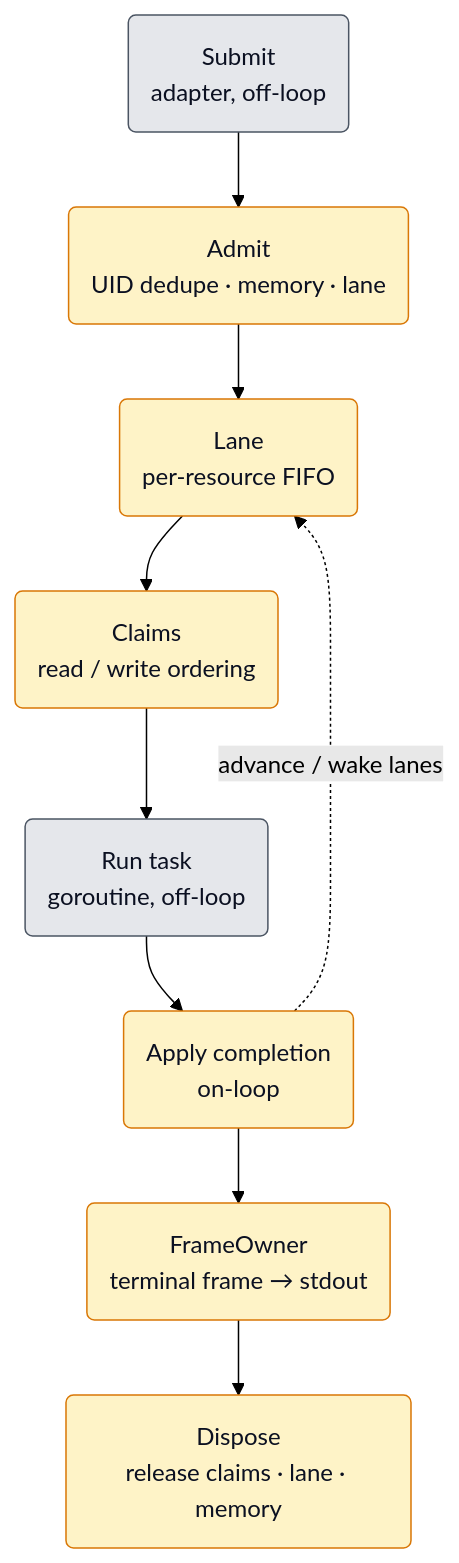
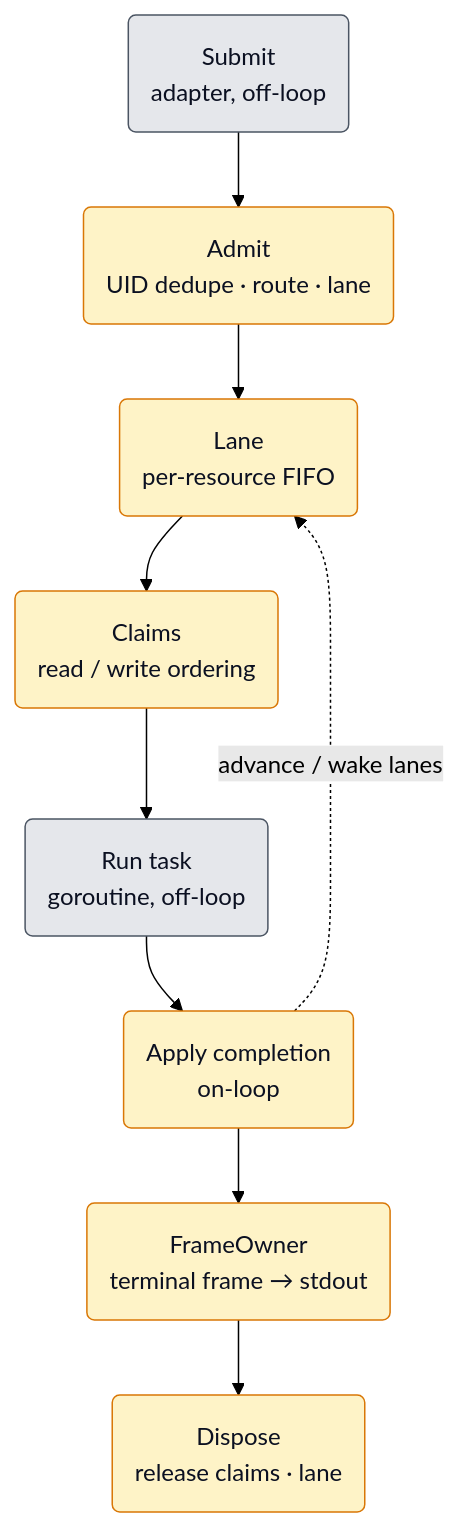
Before and after one commit to netdata/netdata: the third of 6 diagrams in src/go/plugin/agent/jobmgr/ARCHITECTURE.md, drawn with Mermaid (forest theme). The commit also changed other lines of this file and 35 other files, not shown here.

````diff
--- a/src/go/plugin/agent/jobmgr/ARCHITECTURE.md
+++ b/src/go/plugin/agent/jobmgr/ARCHITECTURE.md
@@ -145,19 +145,19 @@
 ```mermaid
 flowchart TD
     Submit("Submit<br/>adapter, off-loop")
-    Admit("Admit<br/>UID dedupe · memory · lane")
+    Admit("Admit<br/>UID dedupe · route · lane")
     Lane("Lane<br/>per-resource FIFO")
     Claim("Claims<br/>read / write ordering")
     Task("Run task<br/>goroutine, off-loop")
     Complete("Apply completion<br/>on-loop")
     Frame("FrameOwner<br/>terminal frame → stdout")
-    Dispose("Dispose<br/>release claims · lane · memory")
+    Dispose("Dispose<br/>release claims · lane")
 
     Submit --> Admit --> Lane --> Claim --> Task --> Complete --> Frame --> Dispose
     Complete -. "advance / wake lanes" .-> Lane
 
     classDef offloop fill:#e5e7eb,stroke:#4b5563,color:#0b1021;
     classDef onloop fill:#fef3c7,stroke:#d97706,color:#0b1021;
     class Submit,Task offloop;
     class Admit,Lane,Claim,Complete,Frame,Dispose onloop;
 ```
````
